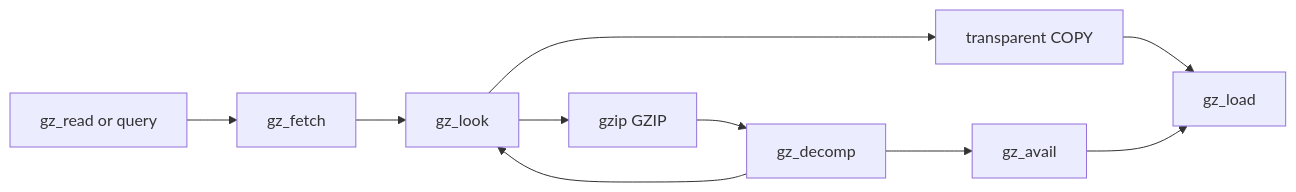
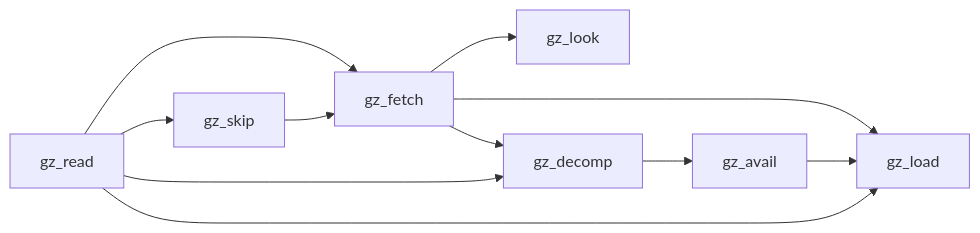
One commit to cla7aye15I4nd/oss-proof changed the second of 2 diagrams in docs/proof/gzip.md. Above: the diagram before and after it, drawn with Mermaid. The commit also changed other lines of this file and 843 other files, not shown here.

````diff
--- a/docs/proof/gzip.md
+++ b/docs/proof/gzip.md
@@ -50,12 +376,13 @@
 ```mermaid
 flowchart LR
-    A[gz_read or query] --> B[gz_fetch]
-    B --> L[gz_look]
-    L --> C[transparent COPY]
-    L --> D[gzip GZIP]
-    C --> R[gz_load]
-    D --> I[gz_decomp]
-    I --> V[gz_avail]
+    A["gz_read"] --> S["gz_skip"]
+    A --> B["gz_fetch"]
+    S --> B
+    B --> L["gz_look"]
+    B --> D["gz_decomp"]
+    B --> R["gz_load"]
+    D --> V["gz_avail"]
     V --> R
-    I --> L
+    A --> D
+    A --> R
 ```
````
